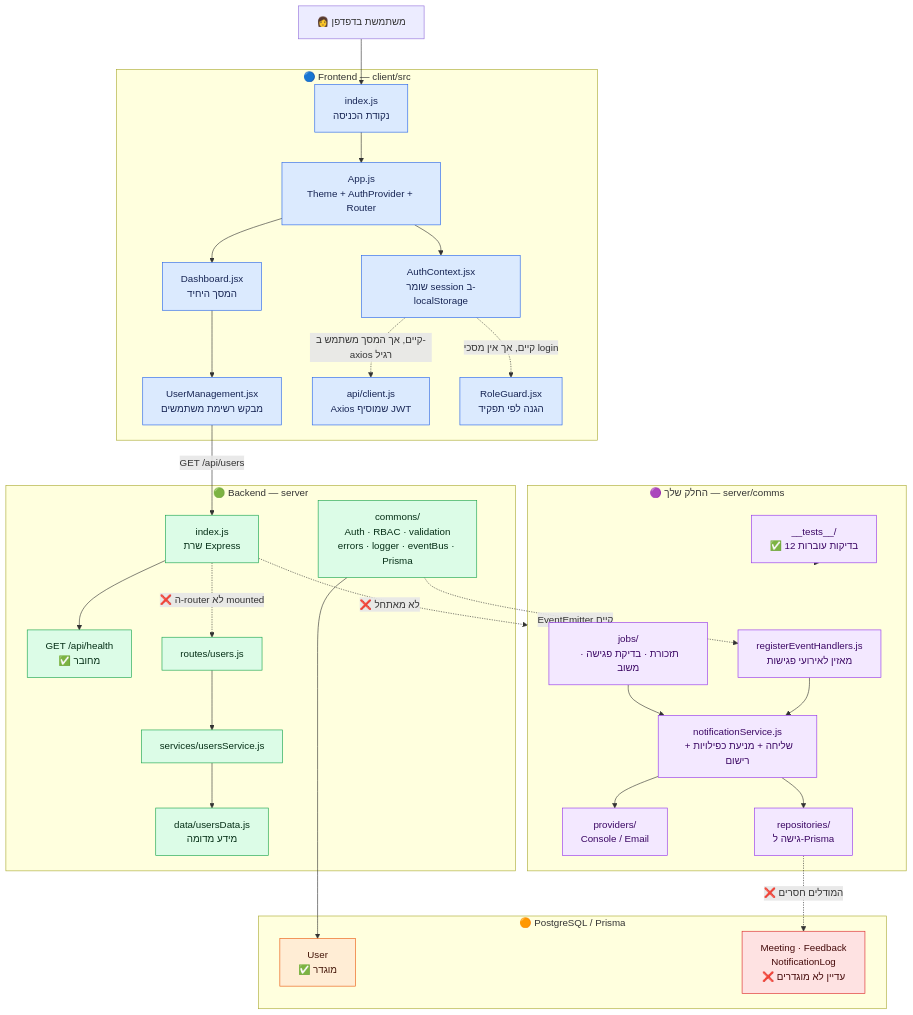
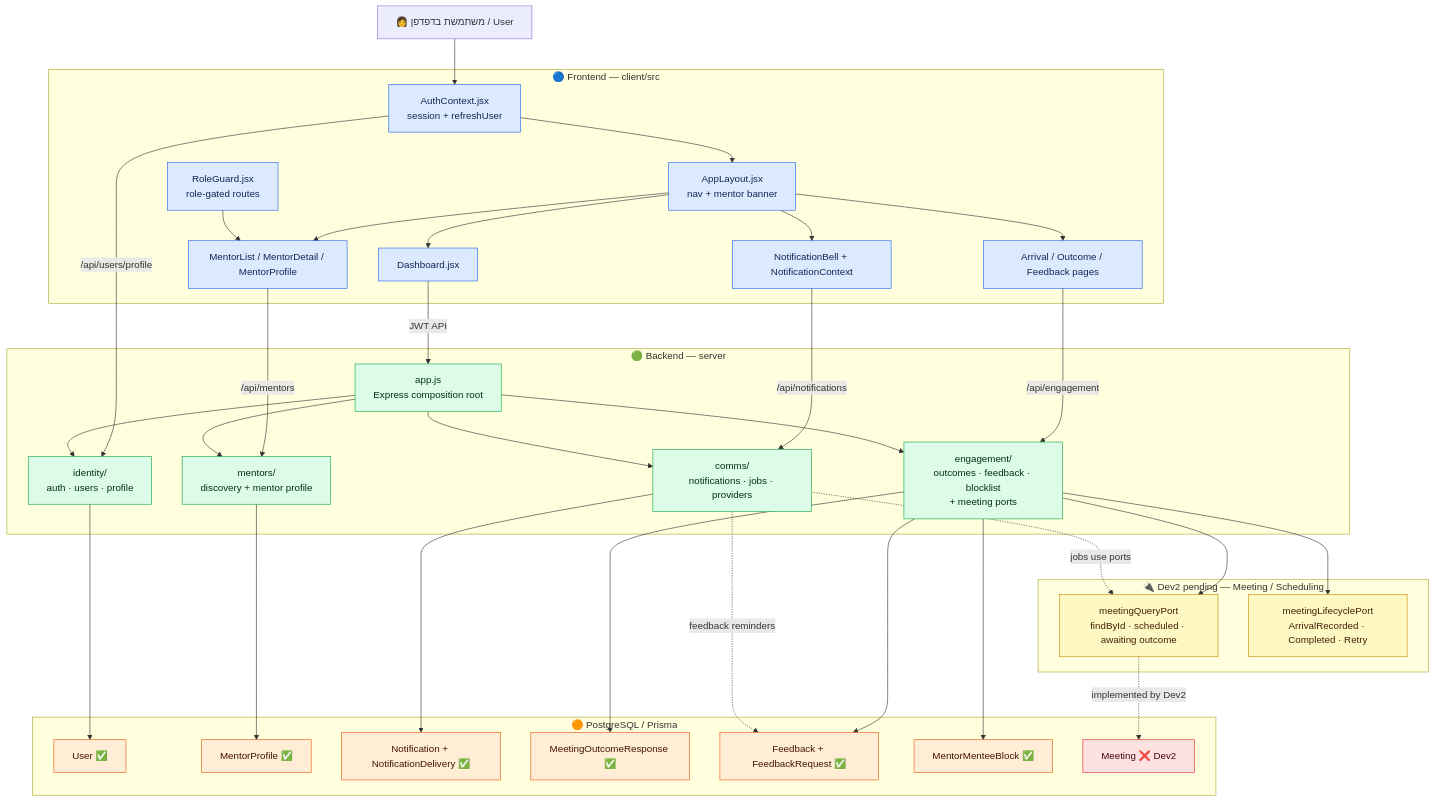
The diagram in ARCHITECTURE.md (HagarEisenstein/Queens-Match), drawn with Mermaid before and after one commit. The commit also changed other lines of this file and 47 other files, not shown here.

First line of the commit message:
feat(engagement): mentor onboarding fix, outcomes, feedback, and blocklist

````diff
--- a/ARCHITECTURE.md
+++ b/ARCHITECTURE.md
@@ -1,69 +1,78 @@
 ```mermaid
 flowchart TB
-    U["👩 משתמשת בדפדפן"]
+    U["👩 משתמשת בדפדפן / User"]
 
     subgraph FE["🔵 Frontend — client/src"]
-        IDX["index.js<br/>נקודת הכניסה"]
-        APP["App.js<br/>Theme + AuthProvider + Router"]
-        DASH["Dashboard.jsx<br/>המסך היחיד"]
-        USERSUI["UserManagement.jsx<br/>מבקש רשימת משתמשים"]
-        AUTHCTX["AuthContext.jsx<br/>שומר session ב-localStorage"]
-        APIC["api/client.js<br/>Axios שמוסיף JWT"]
-        GUARD["RoleGuard.jsx<br/>הגנה לפי תפקיד"]
+        AUTHCTX["AuthContext.jsx<br/>session + refreshUser"]
+        GUARD["RoleGuard.jsx<br/>role-gated routes"]
+        LAYOUT["AppLayout.jsx<br/>nav + mentor banner"]
+        DASH["Dashboard.jsx"]
+        MENTORSUI["MentorList / MentorDetail / MentorProfile"]
+        NOTIFUI["NotificationBell + NotificationContext"]
+        ENGAGEUI["Arrival / Outcome / Feedback pages"]
     end
 
     subgraph BE["🟢 Backend — server"]
-        SERVER["index.js<br/>שרת Express"]
-        HEALTH["GET /api/health<br/>✅ מחובר"]
-        COMMONS["commons/<br/>Auth · RBAC · validation<br/>errors · logger · eventBus · Prisma"]
-        USERROUTE["routes/users.js"]
-        USERSERVICE["services/usersService.js"]
-        MOCK["data/usersData.js<br/>מידע מדומה"]
+        APP["app.js<br/>Express composition root"]
+        IDENTITY["identity/<br/>auth · users · profile"]
+        MENTORS["mentors/<br/>discovery + mentor profile"]
+        ENGAGE["engagement/<br/>outcomes · feedback · blocklist<br/>+ meeting ports"]
+        COMMS["comms/<br/>notifications · jobs · providers"]
     end
 
-    subgraph COMMS["🟣 החלק שלך — server/comms"]
-        EVENTS["registerEventHandlers.js<br/>מאזין לאירועי פגישות"]
-        SERVICE["notificationService.js<br/>שליחה + מניעת כפילויות + רישום"]
-        PROVIDERS["providers/<br/>Console / Email"]
-        JOBS["jobs/<br/>תזכורת · בדיקת פגישה · משוב"]
-        REPOS["repositories/<br/>גישה ל-Prisma"]
-        TESTS["__tests__/<br/>✅ 12 בדיקות עוברות"]
+    subgraph PORTS["🔌 Dev2 pending — Meeting / Scheduling"]
+        MQ["meetingQueryPort<br/>findById · scheduled · awaiting outcome"]
+        ML["meetingLifecyclePort<br/>ArrivalRecorded · Completed · Retry"]
     end
 
     subgraph DB["🟠 PostgreSQL / Prisma"]
-        USERDB["User<br/>✅ מוגדר"]
-        MISSING["Meeting · Feedback<br/>NotificationLog<br/>❌ עדיין לא מוגדרים"]
+        USERDB["User ✅"]
+        MENTORDB["MentorProfile ✅"]
+        NOTIFDB["Notification + NotificationDelivery ✅"]
+        OUTDB["MeetingOutcomeResponse ✅"]
+        FBDB["Feedback + FeedbackRequest ✅"]
+        BLOCKDB["MentorMenteeBlock ✅"]
+        MEETINGDB["Meeting ❌ Dev2"]
     end
 
-    U --> IDX --> APP --> DASH --> USERSUI
-    APP --> AUTHCTX
-    USERSUI -->|"GET /api/users"| SERVER
-    SERVER --> HEALTH
+    U --> AUTHCTX --> LAYOUT --> DASH
+    LAYOUT --> MENTORSUI
+    LAYOUT --> NOTIFUI
+    LAYOUT --> ENGAGEUI
+    GUARD --> MENTORSUI
 
-    USERROUTE --> USERSERVICE --> MOCK
-    SERVER -. "❌ ה-router לא mounted" .-> USERROUTE
+    DASH -->|"JWT API"| APP
+    MENTORSUI -->|"/api/mentors"| MENTORS
+    NOTIFUI -->|"/api/notifications"| COMMS
+    ENGAGEUI -->|"/api/engagement"| ENGAGE
+    AUTHCTX -->|"/api/users/profile"| IDENTITY
 
-    AUTHCTX -. "קיים, אך אין מסכי login" .-> GUARD
-    AUTHCTX -. "קיים, אך המסך משתמש ב-axios רגיל" .-> APIC
+    APP --> IDENTITY
+    APP --> MENTORS
+    APP --> ENGAGE
+    APP --> COMMS
 
-    SERVER -. "❌ לא מאתחל" .-> COMMS
-    COMMONS -. "EventEmitter קיים" .-> EVENTS
-    EVENTS --> SERVICE --> PROVIDERS
-    JOBS --> SERVICE
-    SERVICE --> REPOS
-    REPOS -. "❌ המודלים חסרים" .-> MISSING
-    TESTS --> COMMS
-    COMMONS --> USERDB
+    ENGAGE --> MQ
+    ENGAGE --> ML
+    ENGAGE --> OUTDB
+    ENGAGE --> FBDB
+    ENGAGE --> BLOCKDB
+    COMMS --> NOTIFDB
+    COMMS -. "jobs use ports" .-> MQ
+    COMMS -. "feedback reminders" .-> FBDB
+    IDENTITY --> USERDB
+    MENTORS --> MENTORDB
+    MQ -. "implemented by Dev2" .-> MEETINGDB
 
     classDef frontend fill:#dbeafe,stroke:#2563eb,color:#172554
     classDef backend fill:#dcfce7,stroke:#16a34a,color:#052e16
-    classDef comms fill:#f3e8ff,stroke:#9333ea,color:#3b0764
+    classDef ports fill:#fef9c3,stroke:#ca8a04,color:#422006
     classDef database fill:#ffedd5,stroke:#ea580c,color:#431407
-    classDef missing fill:#fee2e2,stroke:#dc2626,color:#450a0a
+    classDef pending fill:#fee2e2,stroke:#dc2626,color:#450a0a
 
-    class IDX,APP,DASH,USERSUI,AUTHCTX,APIC,GUARD frontend
-    class SERVER,HEALTH,COMMONS,USERROUTE,USERSERVICE,MOCK backend
-    class EVENTS,SERVICE,PROVIDERS,JOBS,REPOS,TESTS comms
-    class USERDB database
-    class MISSING missing
+    class AUTHCTX,GUARD,LAYOUT,DASH,MENTORSUI,NOTIFUI,ENGAGEUI frontend
+    class APP,IDENTITY,MENTORS,ENGAGE,COMMS backend
+    class MQ,ML ports
+    class USERDB,MENTORDB,NOTIFDB,OUTDB,FBDB,BLOCKDB database
+    class MEETINGDB pending
 ```
````
